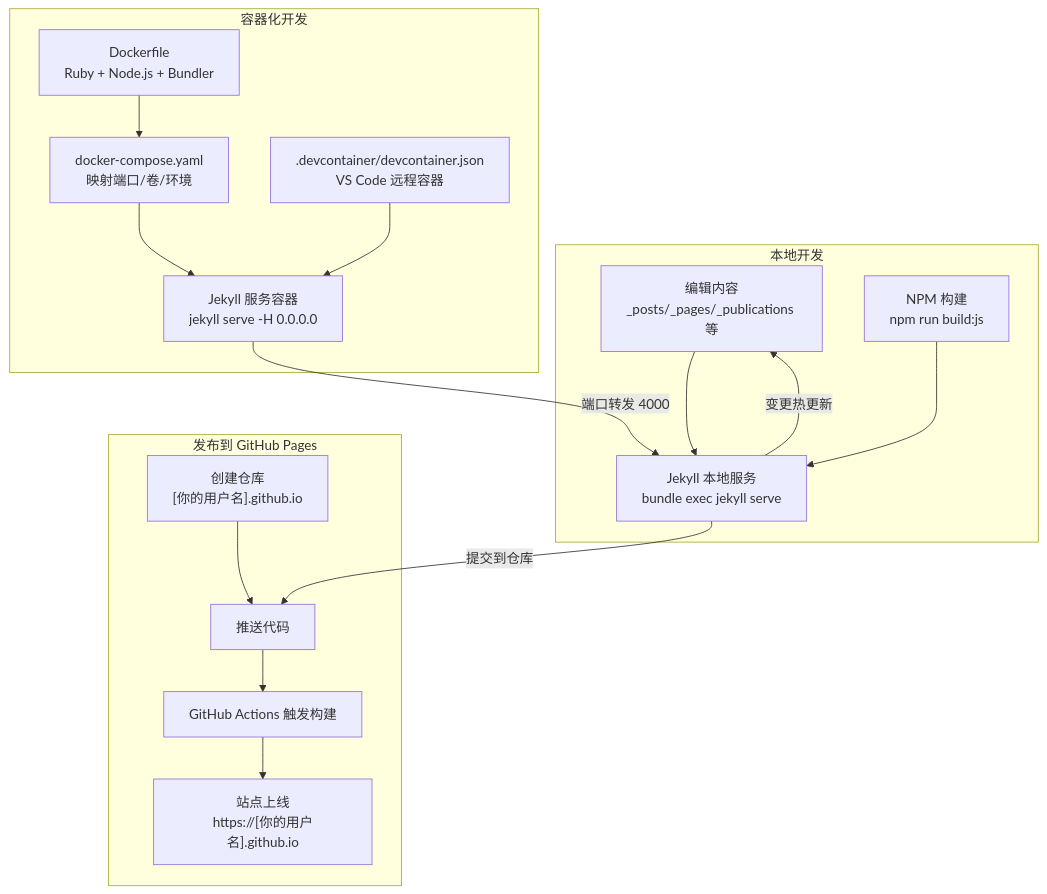
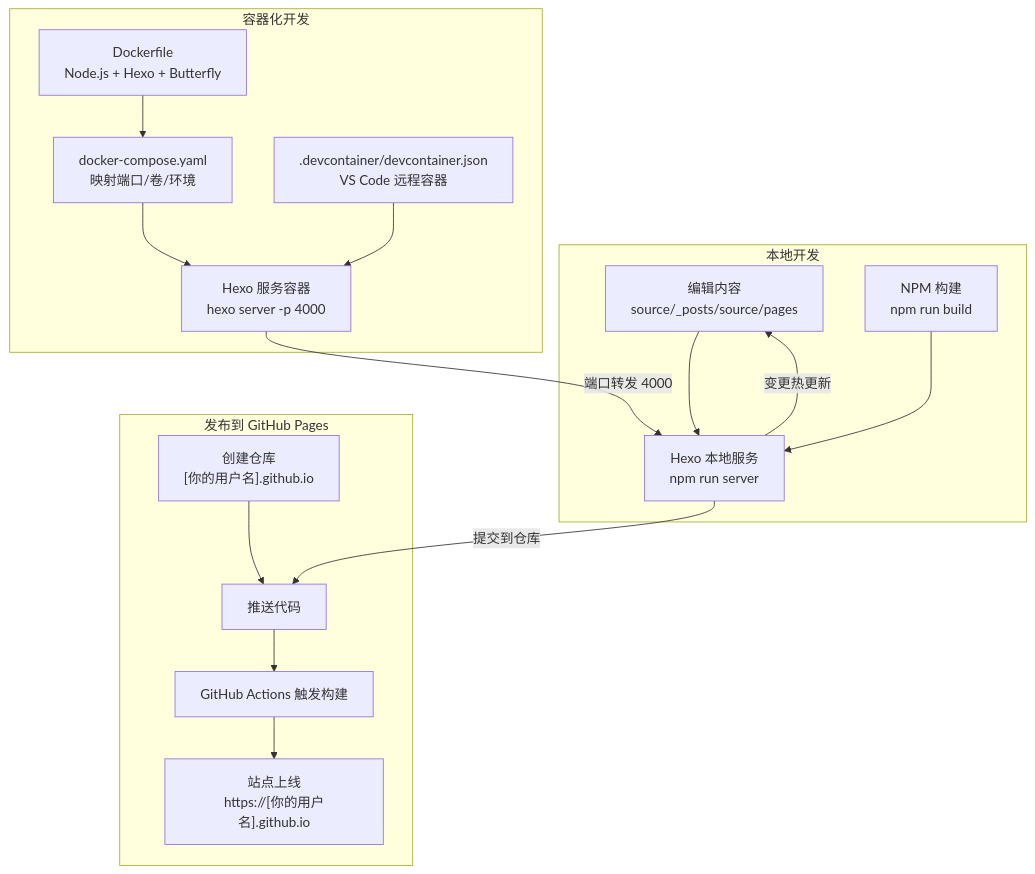
Before and after one commit to CoolPig0720/CoolPig0720.github.io: the second of 3 diagrams in .qoder/repowiki/zh/content/快速开始.md, drawn with Mermaid. The commit also changed other lines of this file and 36 other files, not shown here.

````diff
--- a/.qoder/repowiki/zh/content/快速开始.md
+++ b/.qoder/repowiki/zh/content/快速开始.md
@@ -110,20 +89,20 @@
 ```mermaid
 graph TB
 subgraph "本地开发"
-A1["编辑内容<br/>_posts/_pages/_publications 等"] --> A2["Jekyll 本地服务<br/>bundle exec jekyll serve"]
-A3["NPM 构建<br/>npm run build:js"] --> A2
+A1["编辑内容<br/>source/_posts/source/pages"] --> A2["Hexo 本地服务<br/>npm run server"]
+A3["NPM 构建<br/>npm run build"] --> A2
 end
 subgraph "容器化开发"
-B1["Dockerfile<br/>Ruby + Node.js + Bundler"] --> B2["docker-compose.yaml<br/>映射端口/卷/环境"]
-B2 --> B3["Jekyll 服务容器<br/>jekyll serve -H 0.0.0.0"]
+B1["Dockerfile<br/>Node.js + Hexo + Butterfly"] --> B2["docker-compose.yaml<br/>映射端口/卷/环境"]
+B2 --> B3["Hexo 服务容器<br/>hexo server -p 4000"]
 B4[".devcontainer/devcontainer.json<br/>VS Code 远程容器"] --> B3
 end
 subgraph "发布到 GitHub Pages"
 C1["创建仓库<br/>[你的用户名].github.io"] --> C2["推送代码"]
 C2 --> C3["GitHub Actions 触发构建"]
 C3 --> C4["站点上线<br/>https://[你的用户名].github.io"]
 end
 A2 --> |"变更热更新"| A1
 B3 --> |"端口转发 4000"| A2
 A2 --> |"提交到仓库"| C2
 ```
````
